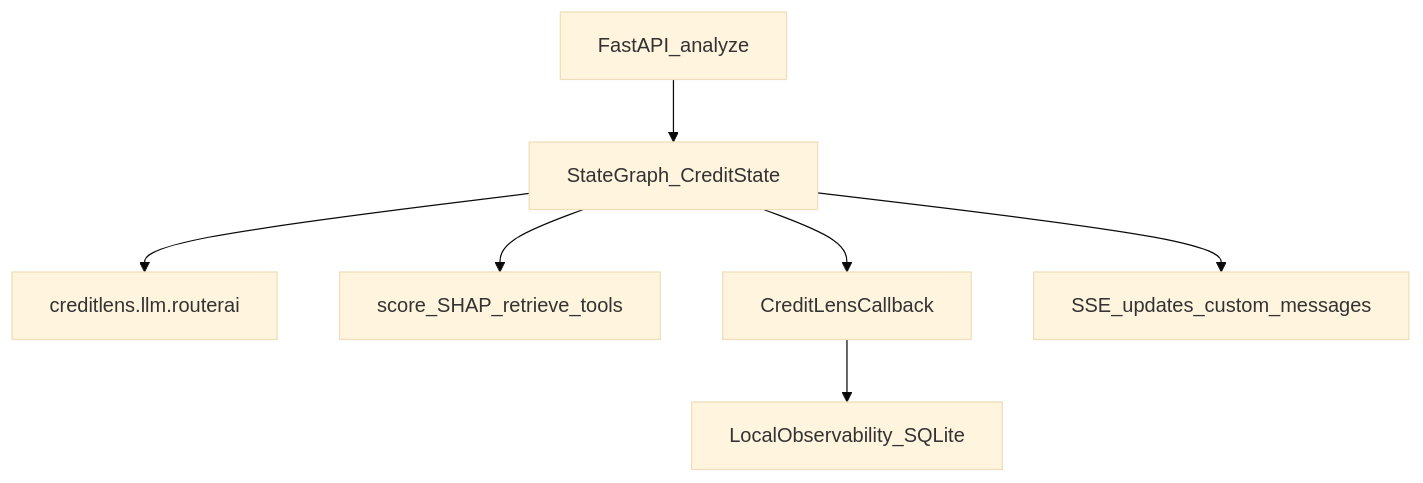
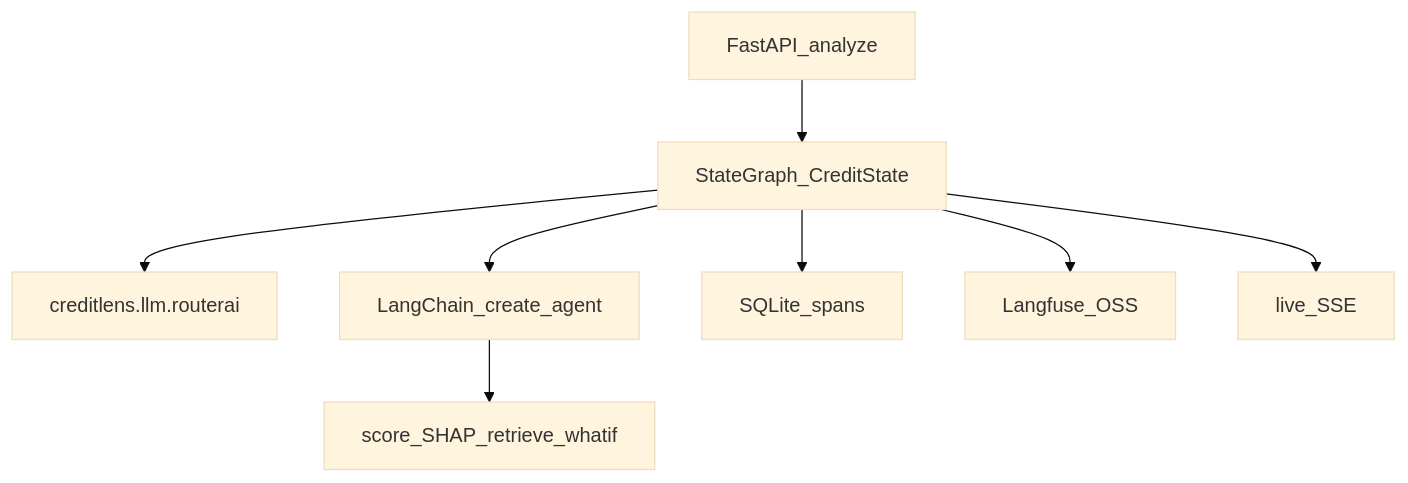
Before and after one commit to AdamCage/scoring-ai-agents-langchain: the diagram in docs/screenshots/diagrams/langchain-runtime.mmd, drawn with Mermaid (base theme). The commit also changed 80 other files, not shown here.

First line of the commit message:
Turn CreditLens into a LangChain engineering lab.

```diff
--- a/docs/screenshots/diagrams/langchain-runtime.mmd
+++ b/docs/screenshots/diagrams/langchain-runtime.mmd
@@ -1,14 +1,16 @@
 flowchart TB
   API[FastAPI_analyze]
   Adapter[creditlens.llm.routerai]
   Graph[StateGraph_CreditState]
-  Tools[score_SHAP_retrieve_tools]
-  Callbacks[CreditLensCallback]
-  Tracer[LocalObservability_SQLite]
-  SSE[SSE_updates_custom_messages]
+  Agents[LangChain_create_agent]
+  Tools[score_SHAP_retrieve_whatif]
+  Local[SQLite_spans]
+  Langfuse[Langfuse_OSS]
+  SSE[live_SSE]
 
   API --> Graph
   Graph --> Adapter
-  Graph --> Tools
-  Graph --> Callbacks --> Tracer
+  Graph --> Agents --> Tools
+  Graph --> Local
+  Graph --> Langfuse
   Graph --> SSE
```
